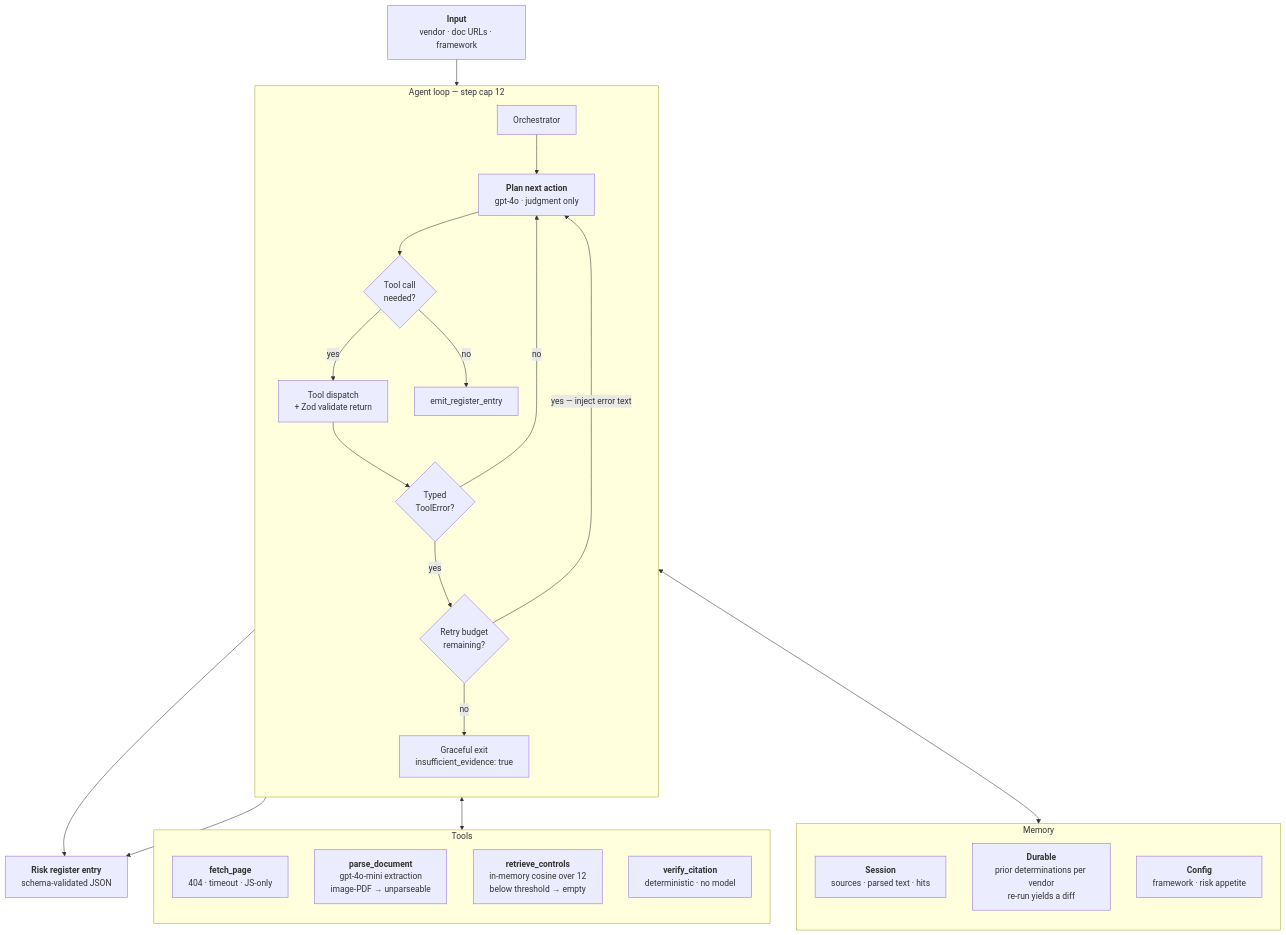
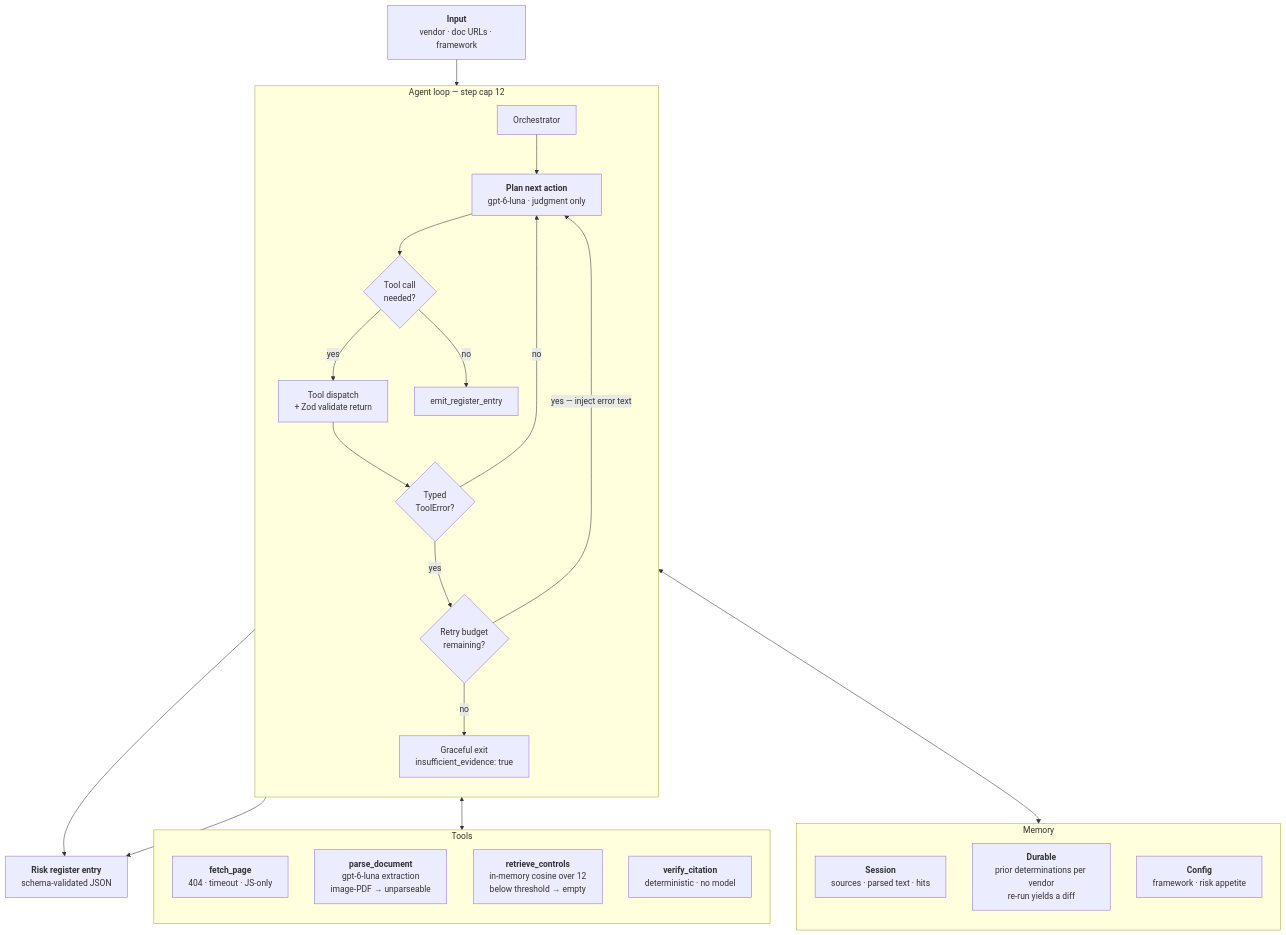
The diagram in README.md (cwscott2/sentinel-triage), drawn with Mermaid before and after one commit. The commit also changed other lines of this file and 4 other files, not shown here.

First line of the commit message:
chore: move judgment and extraction off gpt-4o / gpt-4o-mini to gpt-6-luna; one constant, guard test (#5)

````diff
--- a/README.md
+++ b/README.md
@@ -53,38 +53,38 @@
 ```mermaid
 flowchart TB
     IN["<b>Input</b><br/>vendor · doc URLs · framework"] --> ORCH
 
     subgraph LOOP["Agent loop — step cap 12"]
       direction TB
-      ORCH["Orchestrator"] --> PLAN["<b>Plan next action</b><br/>gpt-4o · judgment only"]
+      ORCH["Orchestrator"] --> PLAN["<b>Plan next action</b><br/>gpt-6-luna · judgment only"]
       PLAN --> DEC{"Tool call<br/>needed?"}
       DEC -->|yes| DISPATCH["Tool dispatch<br/>+ Zod validate return"]
       DISPATCH --> ERRQ{"Typed<br/>ToolError?"}
       ERRQ -->|no| PLAN
       ERRQ -->|yes| RETRY{"Retry budget<br/>remaining?"}
       RETRY -->|"yes — inject error text"| PLAN
       RETRY -->|no| EXIT
       DEC -->|no| EMIT["emit_register_entry"]
     end
 
     subgraph TOOLS["Tools"]
       direction TB
       T1["<b>fetch_page</b><br/>404 · timeout · JS-only"]
-      T2["<b>parse_document</b><br/>gpt-4o-mini extraction<br/>image-PDF → unparseable"]
+      T2["<b>parse_document</b><br/>gpt-6-luna extraction<br/>image-PDF → unparseable"]
       T3["<b>retrieve_controls</b><br/>in-memory cosine over 12<br/>below threshold → empty"]
       T4["<b>verify_citation</b><br/>deterministic · no model"]
     end
 
     subgraph MEM["Memory"]
       direction TB
       M1["<b>Session</b><br/>sources · parsed text · hits"]
       M2["<b>Durable</b><br/>prior determinations per vendor<br/>re-run yields a diff"]
       M3["<b>Config</b><br/>framework · risk appetite"]
     end
 
     DISPATCH <--> TOOLS
     LOOP <--> MEM
 
     EMIT --> OUT["<b>Risk register entry</b><br/>schema-validated JSON"]
     EXIT["Graceful exit<br/>insufficient_evidence: true"] --> OUT
 ```
````
